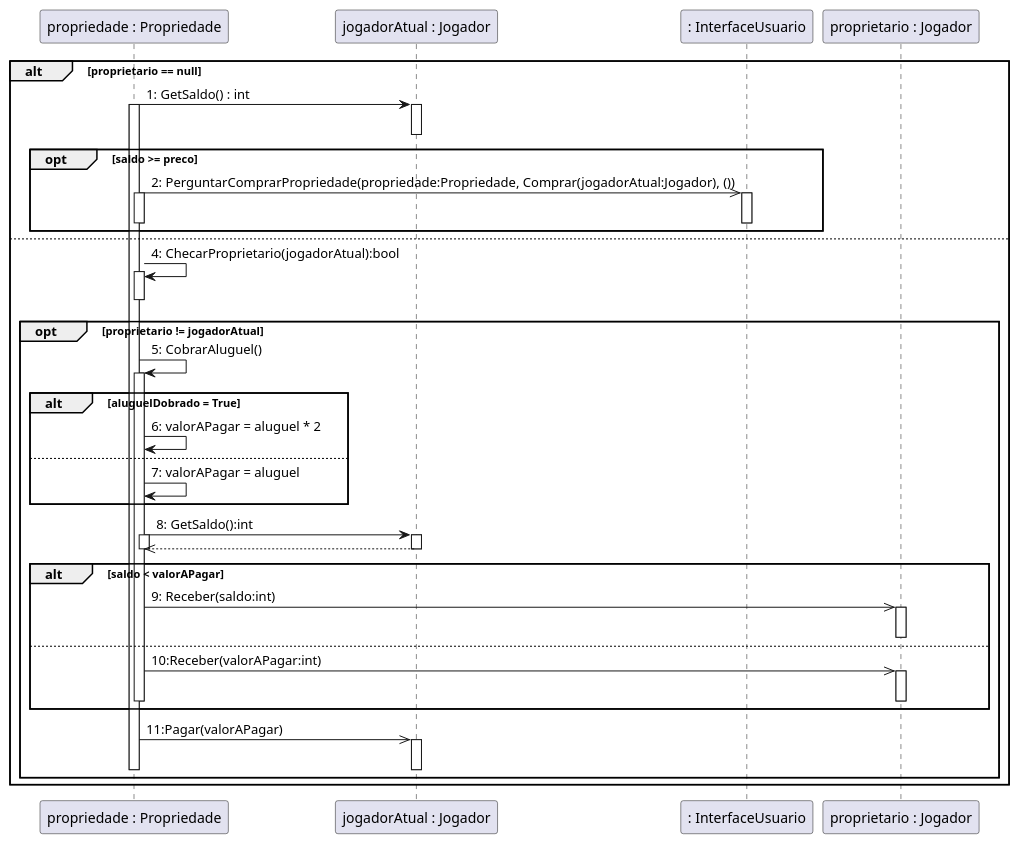
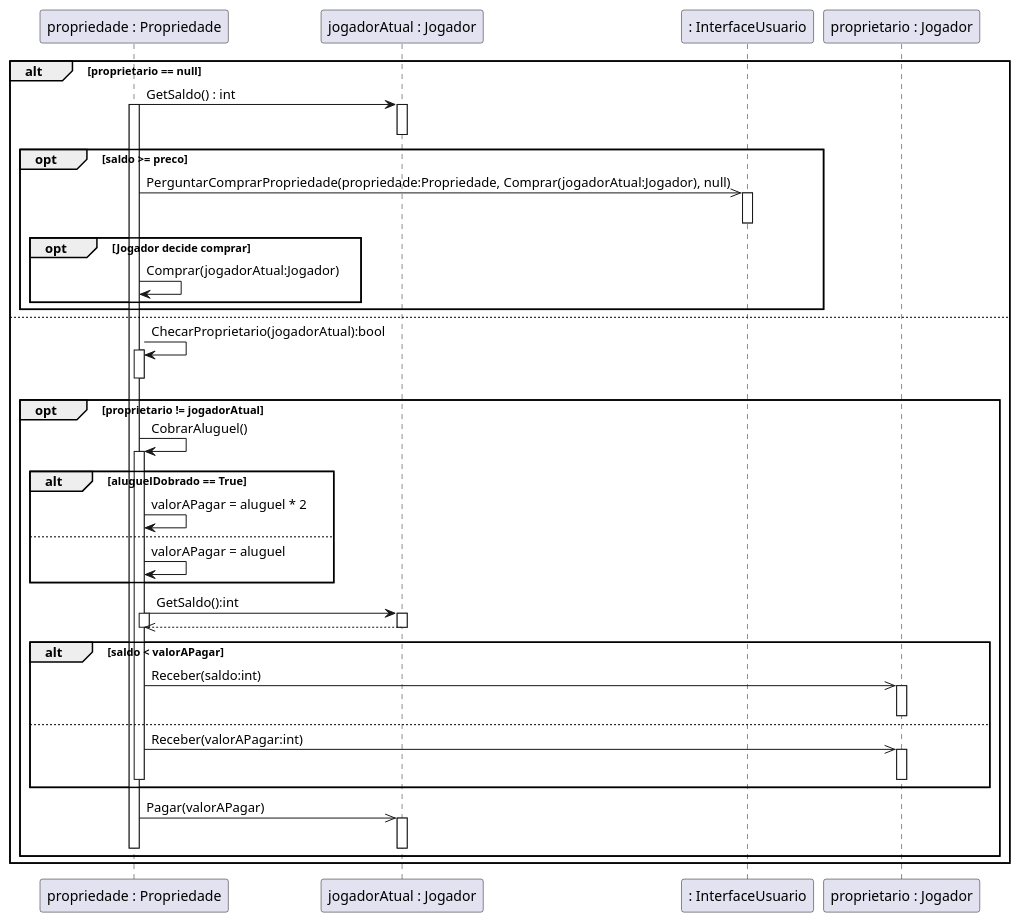
One commit to rogerpcto/ProjetoDeSoftware-UFF changed the diagram in Documentação/diagrama-de-sequencia-Propriedade.plantuml. Above: the diagram before and after it, drawn with PlantUML. The commit also changed 7 other files, not shown here.

Commit message:
Corrige diagramas de sequência

```diff
--- a/Documentação/diagrama-de-sequencia-Propriedade.plantuml
+++ b/Documentação/diagrama-de-sequencia-Propriedade.plantuml
@@ -1,58 +1,57 @@
-@startuml 
-
+@startuml
 alt proprietario == null
- "propriedade : Propriedade" as Prp -> "jogadorAtual : Jogador" as Jog : 1: GetSaldo() : int
+ "propriedade : Propriedade" as Prp -> "jogadorAtual : Jogador" as Jog : GetSaldo() : int
 activate Prp
 activate Jog
 deactivate Jog
     opt saldo >= preco
-    Prp ->> ": InterfaceUsuario" as GUI : 2: PerguntarComprarPropriedade(propriedade:Propriedade, Comprar(jogadorAtual:Jogador), ())
+    Prp ->> ": InterfaceUsuario" as GUI : PerguntarComprarPropriedade(propriedade:Propriedade, Comprar(jogadorAtual:Jogador), null)
     activate GUI
+    deactivate GUI
+opt Jogador decide comprar 
+    Prp -> Prp : Comprar(jogadorAtual:Jogador)
+end Jogador decide comprar
     activate Prp
-    deactivate GUI
-    deactivate Prp
-
         
     end Saldo >= preco
 
 else
-    activate Prp
-        Prp -> Prp : 4: ChecarProprietario(jogadorAtual):bool
+        Prp -> Prp : ChecarProprietario(jogadorAtual):bool
         activate Prp
         deactivate Prp
             opt proprietario != jogadorAtual
-            Prp -> Prp : 5: CobrarAluguel()
+            Prp -> Prp : CobrarAluguel()
             activate Prp
-                alt aluguelDobrado = True
-                 Prp -> Prp: 6: valorAPagar = aluguel * 2
+                alt aluguelDobrado == True
+                 Prp -> Prp: valorAPagar = aluguel * 2
                 else
-                 Prp -> Prp: 7: valorAPagar = aluguel
+                 Prp -> Prp: valorAPagar = aluguel
                 end aluguelDobrado
-                Prp -> Jog: 8: GetSaldo():int
+                Prp -> Jog: GetSaldo():int
                 activate Prp
                 activate Jog
                 Prp <<-- Jog
                 deactivate Jog
                 deactivate Prp
 
                 alt saldo < valorAPagar               
-                 Prp ->> "proprietario : Jogador" as Jog2: 9: Receber(saldo:int)
+                 Prp ->> "proprietario : Jogador" as Jog2: Receber(saldo:int)
                  activate Jog2
                  deactivate Jog2
                 else
-                 Prp ->> Jog2: 10:Receber(valorAPagar:int)
+                 Prp ->> Jog2: Receber(valorAPagar:int)
                  activate Jog2
                  deactivate Jog2
             deactivate Prp
                 end Saldo < valorAPagar
            
-            Prp ->> Jog : 11:Pagar(valorAPagar)
+            Prp ->> Jog : Pagar(valorAPagar)
                 activate Jog
                 deactivate Jog
                 deactivate Prp
             
             end
 
 
 end proprietario == null
 @enduml
```
